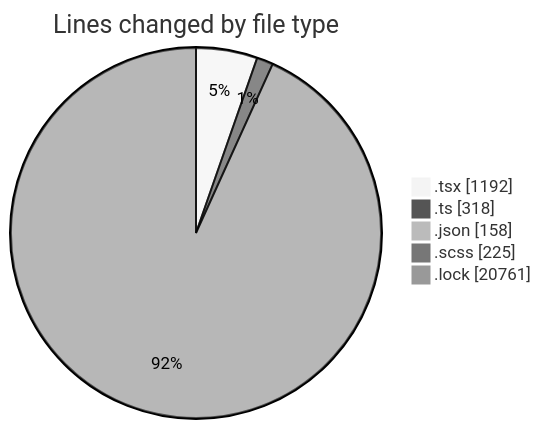
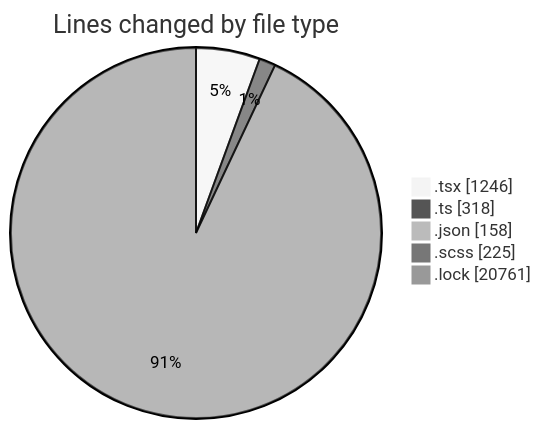
One commit to momahboobian/code-tracking changed the first of 2 diagrams in 2025-04-29/cda/README.md. Above: the diagram before and after it, drawn with Mermaid (neutral theme). The commit also changed other lines of this file and 1 other file, not shown here.

````diff
--- a/2025-04-29/cda/README.md
+++ b/2025-04-29/cda/README.md
@@ -39,9 +39,9 @@
 ```mermaid
 pie showData
 title Lines changed by file type
-".tsx" : 1192
+".tsx" : 1246
 ".ts" : 318
 ".json" : 158
 ".scss" : 225
 ".lock" : 20761
 ```
````
